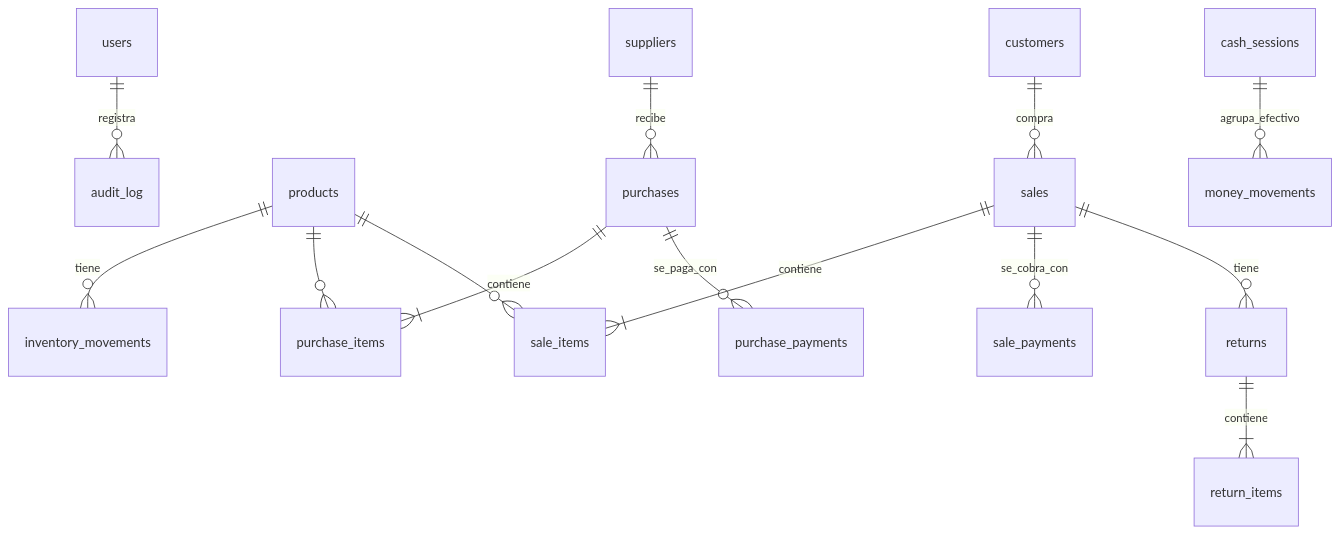
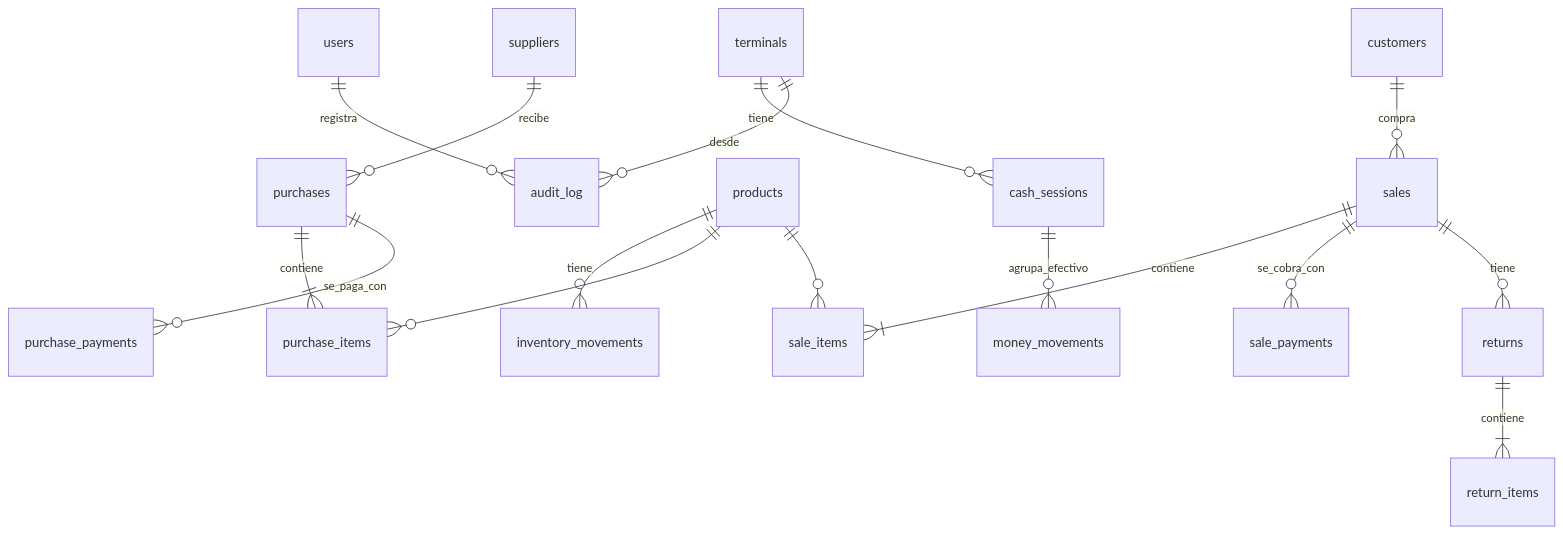
Before and after one commit to kelvinjose14/CS-SHOP: the diagram in docs/tecnico/modelo-de-datos.md, drawn with Mermaid. The commit also changed other lines of this file and 42 other files, not shown here.

````diff
--- a/docs/tecnico/modelo-de-datos.md
+++ b/docs/tecnico/modelo-de-datos.md
@@ -10,16 +13,18 @@
 ```mermaid
 erDiagram
   users ||--o{ audit_log : registra
+  terminals ||--o{ cash_sessions : tiene
+  terminals ||--o{ audit_log : desde
   products ||--o{ inventory_movements : tiene
   suppliers ||--o{ purchases : recibe
   purchases ||--|{ purchase_items : contiene
   purchases ||--o{ purchase_payments : se_paga_con
   products ||--o{ purchase_items : ""
   customers ||--o{ sales : compra
   sales ||--|{ sale_items : contiene
   sales ||--o{ sale_payments : se_cobra_con
   sales ||--o{ returns : tiene
   returns ||--|{ return_items : contiene
   products ||--o{ sale_items : ""
   cash_sessions ||--o{ money_movements : agrupa_efectivo
 ```
````
